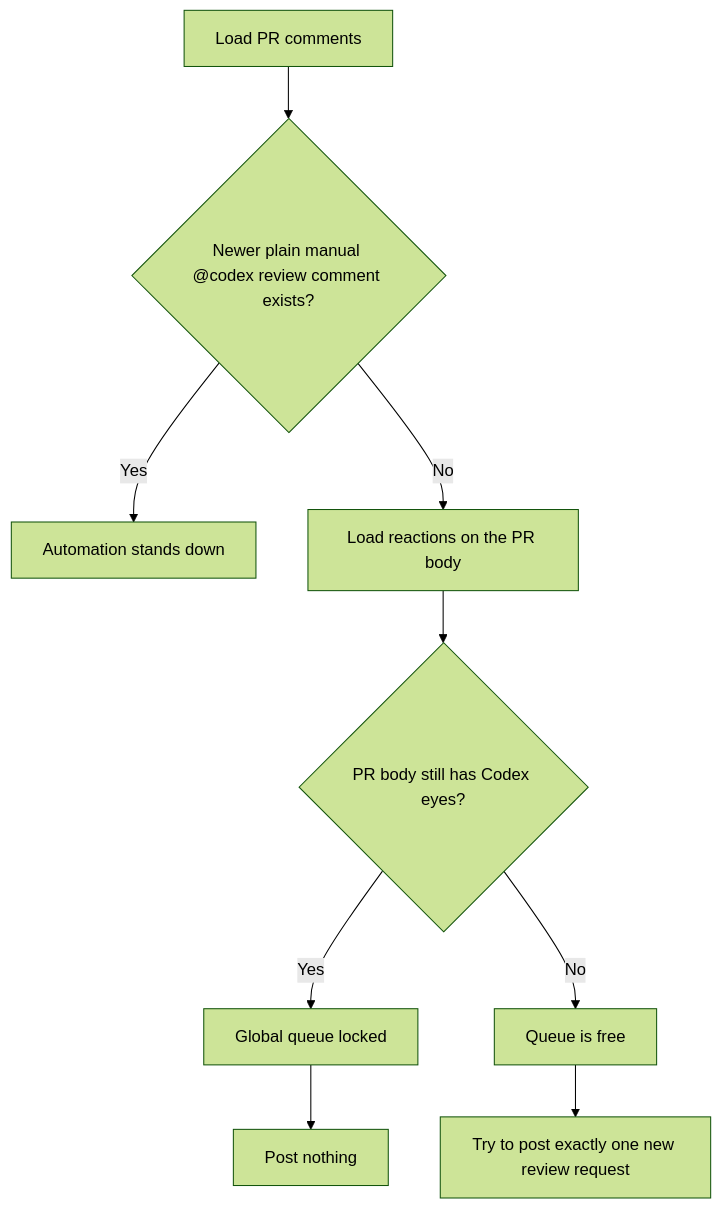
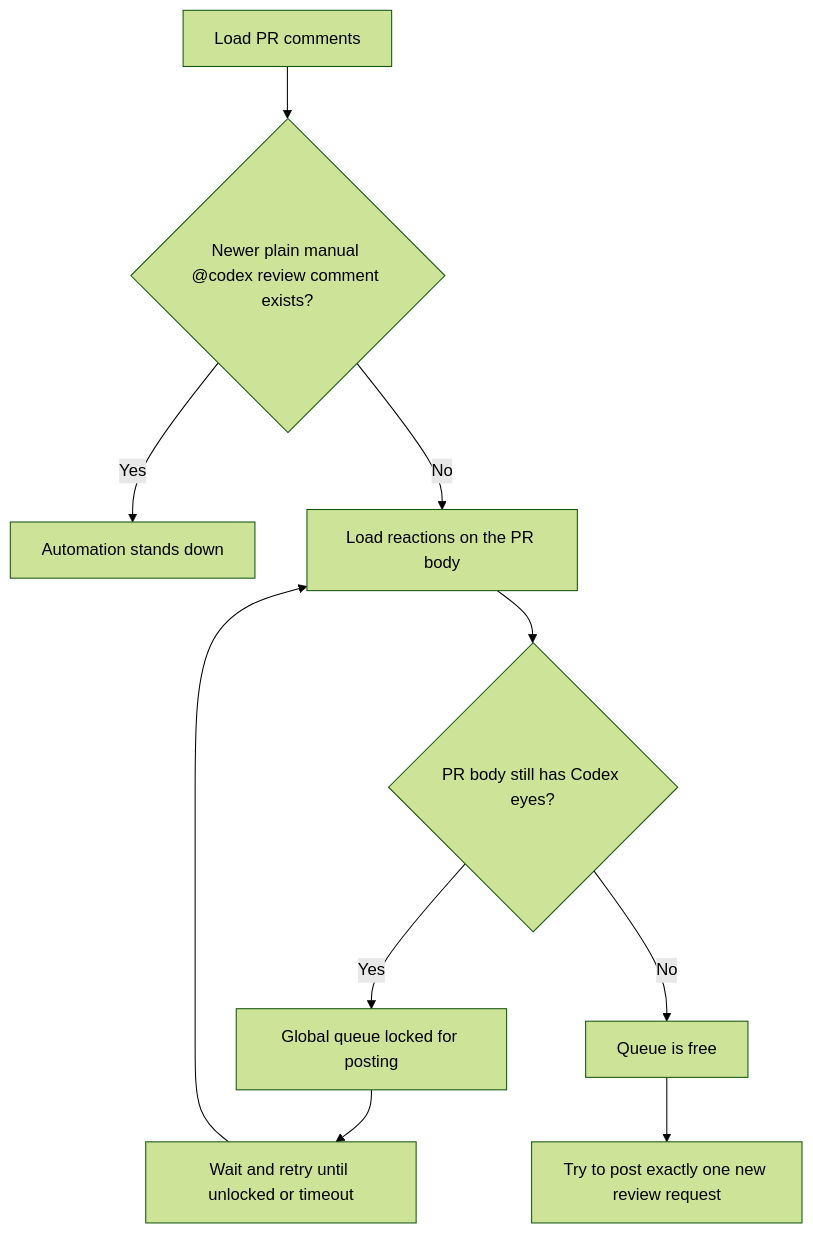
The third of 4 diagrams in docs/workflows/codex-review-flow.md (jaharris87/fTimer), drawn with Mermaid (forest theme) before and after one commit. The commit also changed other lines of this file and 1 other file, not shown here.

````diff
--- a/docs/workflows/codex-review-flow.md
+++ b/docs/workflows/codex-review-flow.md
@@ -173,11 +174,12 @@
 ```mermaid
 flowchart TD
     A["Load PR comments"] --> B{"Newer plain manual @codex review comment exists?"}
     B -->|"Yes"| C["Automation stands down"]
     B -->|"No"| D["Load reactions on the PR body"]
     D --> E{"PR body still has Codex eyes?"}
-    E -->|"Yes"| F["Global queue locked"]
-    F --> G["Post nothing"]
+    E -->|"Yes"| F["Global queue locked for posting"]
+    F --> G["Wait and retry until unlocked or timeout"]
+    G --> D
     E -->|"No"| H["Queue is free"]
     H --> I["Try to post exactly one new review request"]
 ```
````
